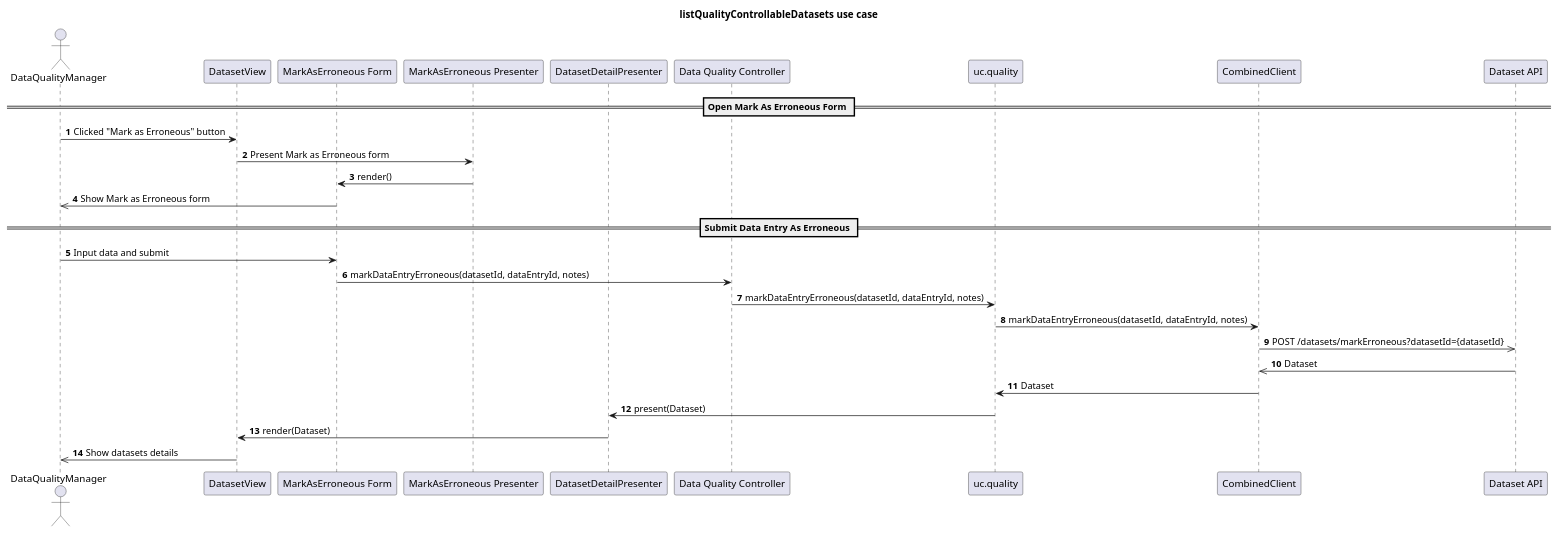
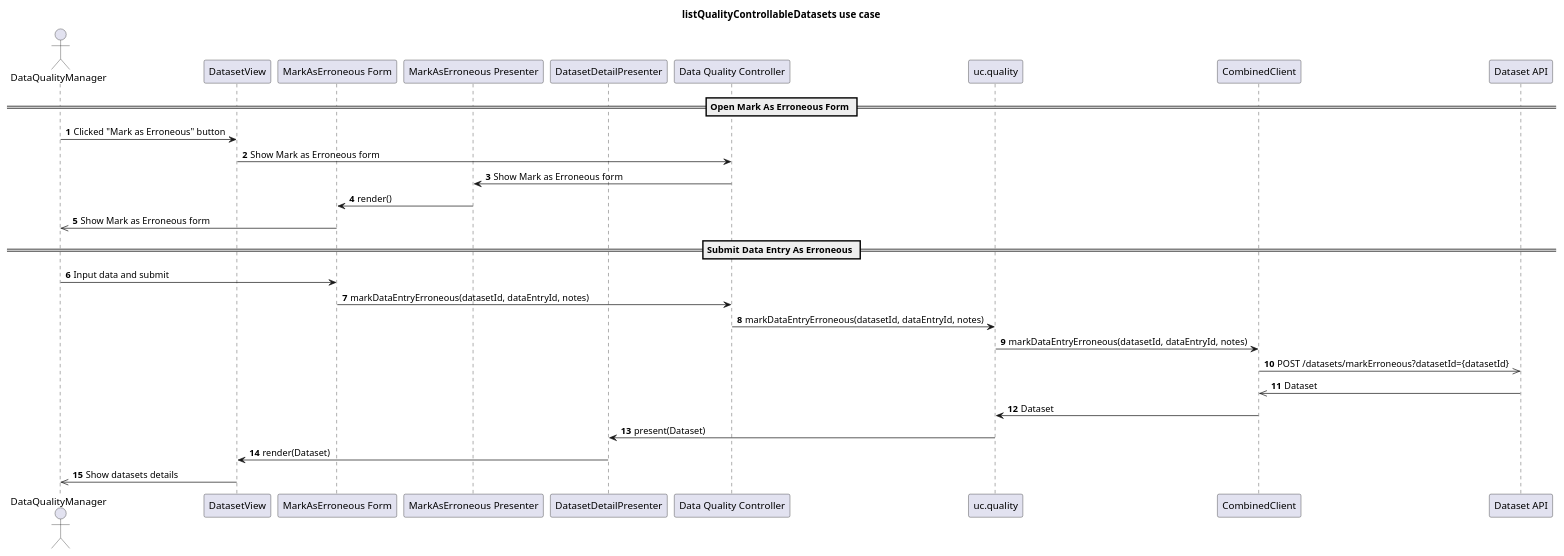
The diagram in diagrams/sequence/markDataEntryErroneus.puml (POP2025-EEPW/doorce-frontend), drawn with PlantUML before and after one commit. The commit also changed 8 other files, not shown here.

```diff
--- a/diagrams/sequence/markDataEntryErroneus.puml
+++ b/diagrams/sequence/markDataEntryErroneus.puml
@@ -1,32 +1,33 @@
 @startuml
 title listQualityControllableDatasets use case
 autonumber
 
 actor DataQualityManager as User
 
 participant "DatasetView" as View
 participant "MarkAsErroneous Form" as FormView
 participant "MarkAsErroneous Presenter" as Presenter
 participant "DatasetDetailPresenter" as DatasetPresenter
 participant "Data Quality Controller" as Controller
 participant "uc.quality" as UseCase
 participant "CombinedClient" as Client
 participant "Dataset API" as Http
 
 == Open Mark As Erroneous Form ==
 User -> View : Clicked "Mark as Erroneous" button
-View -> Presenter : Present Mark as Erroneous form
+View -> Controller : Show Mark as Erroneous form
+Controller -> Presenter : Show Mark as Erroneous form
 Presenter -> FormView : render()
 FormView ->> User : Show Mark as Erroneous form
 == Submit Data Entry As Erroneous ==
 User -> FormView : Input data and submit
 FormView -> Controller : markDataEntryErroneous(datasetId, dataEntryId, notes)
 Controller -> UseCase : markDataEntryErroneous(datasetId, dataEntryId, notes)
 UseCase -> Client :  markDataEntryErroneous(datasetId, dataEntryId, notes)
 Client ->> Http : POST /datasets/markErroneous?datasetId={datasetId}
 Http ->> Client : Dataset
 Client -> UseCase : Dataset
 UseCase -> DatasetPresenter : present(Dataset)
 DatasetPresenter -> View : render(Dataset)
 View ->> User : Show datasets details
 @enduml
```
